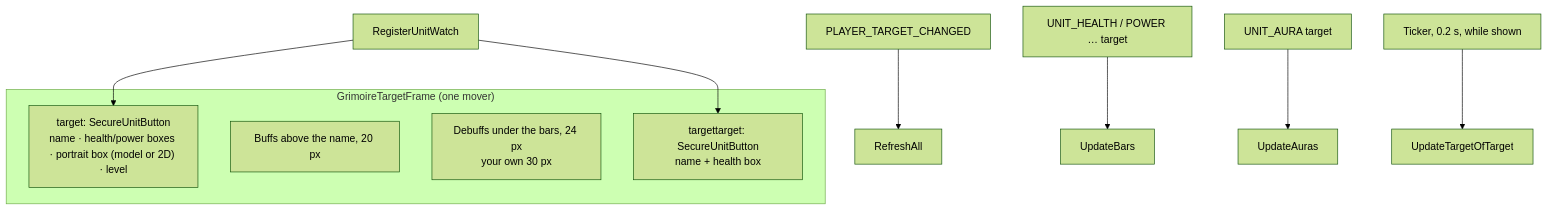
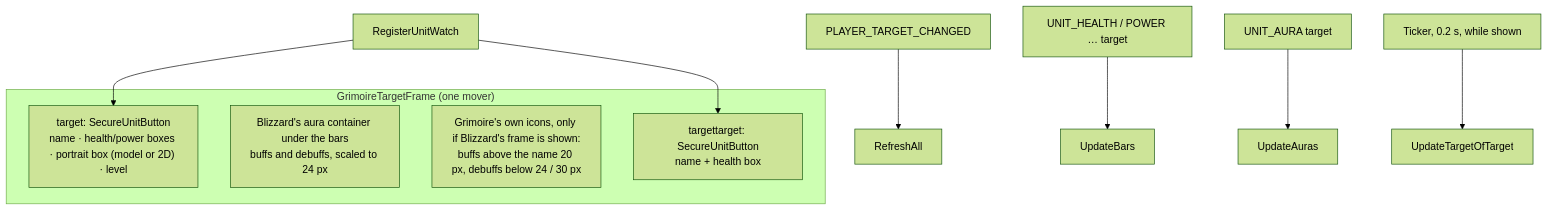
Before and after one commit to PhillypHenning/grimoire: the second of 2 diagrams in docs/features/target/README.md, drawn with Mermaid (forest theme). The commit also changed other lines of this file and 3 other files, not shown here.

First line of the commit message:
Target: move Blizzard's aura container under the bars; drop the probe

````diff
--- a/docs/features/target/README.md
+++ b/docs/features/target/README.md
@@ -26,14 +26,14 @@
 ```mermaid
 flowchart TD
     subgraph Mover["GrimoireTargetFrame (one mover)"]
         T["target: SecureUnitButton<br/>name · health/power boxes · portrait box (model or 2D) · level"]
-        B[Buffs above the name, 20 px]
-        D[Debuffs under the bars, 24 px<br/>your own 30 px]
+        A[Blizzard's aura container under the bars<br/>buffs and debuffs, scaled to 24 px]
+        Own[Grimoire's own icons, only if Blizzard's frame is shown:<br/>buffs above the name 20 px, debuffs below 24 / 30 px]
         ToT[targettarget: SecureUnitButton<br/>name + health box]
     end
     PTC[PLAYER_TARGET_CHANGED] --> RA[RefreshAll]
     UE[UNIT_HEALTH / POWER … target] --> Bars[UpdateBars]
     UA[UNIT_AURA target] --> Auras[UpdateAuras]
     TK[Ticker, 0.2 s, while shown] --> ToTU[UpdateTargetOfTarget]
     UW[RegisterUnitWatch] --> T & ToT
 ```
````
